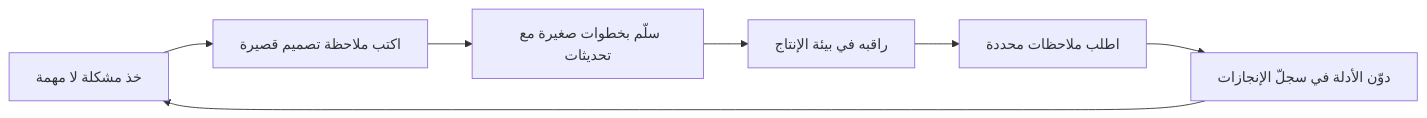
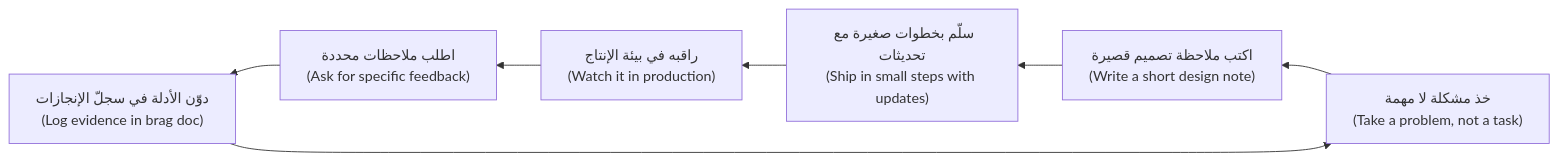
One commit to Tamoura/system-design-for-vibe-coders changed the third of 3 diagrams in career/modules/06-first-job.ar.md. Above: the diagram before and after it, drawn with Mermaid. The commit also changed other lines of this file and 20 other files, not shown here.

First line of the commit message:
New courses: Arabic diagrams read right-to-left with English labels (modules 0–6)

````diff
--- a/career/modules/06-first-job.ar.md
+++ b/career/modules/06-first-job.ar.md
@@ -552,9 +552,9 @@
 ```mermaid
-flowchart LR
-    A["خذ مشكلة لا مهمة"] --> B["اكتب ملاحظة تصميم قصيرة"]
-    B --> C["سلّم بخطوات صغيرة مع تحديثات"]
-    C --> D["راقبه في بيئة الإنتاج"]
-    D --> E["اطلب ملاحظات محددة"]
-    E --> F["دوّن الأدلة في سجلّ الإنجازات"]
+flowchart RL
+    A["خذ مشكلة لا مهمة<br/>(Take a problem, not a task)"] --> B["اكتب ملاحظة تصميم قصيرة<br/>(Write a short design note)"]
+    B --> C["سلّم بخطوات صغيرة مع تحديثات<br/>(Ship in small steps with updates)"]
+    C --> D["راقبه في بيئة الإنتاج<br/>(Watch it in production)"]
+    D --> E["اطلب ملاحظات محددة<br/>(Ask for specific feedback)"]
+    E --> F["دوّن الأدلة في سجلّ الإنجازات<br/>(Log evidence in brag doc)"]
     F --> A
 ```
````
